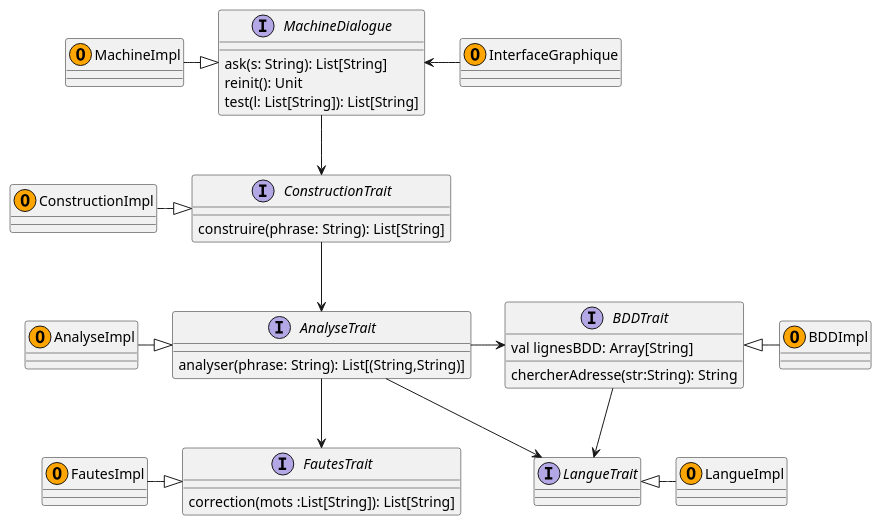
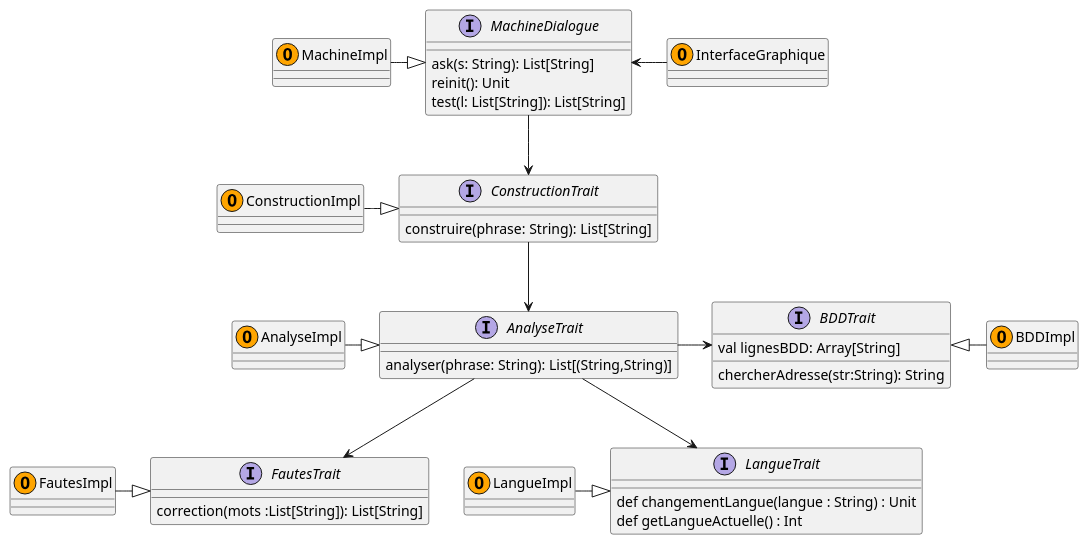
The diagram in src/main/scala/diagramme/diag_imp.plantuml (mathisglt/AvatarBacchus), drawn with PlantUML before and after one commit.

Commit message:
maj diagramme

```diff
--- a/src/main/scala/diagramme/diag_imp.plantuml
+++ b/src/main/scala/diagramme/diag_imp.plantuml
@@ -1,58 +1,58 @@
 @startuml Avatar
 
 interface BDDTrait{
 	val lignesBDD: Array[String]
 	chercherAdresse(str:String): String
 }
 
 interface MachineDialogue {
 	ask(s: String): List[String]
 	reinit(): Unit
 	test(l: List[String]): List[String]
 }
 
 interface ConstructionTrait{
 	construire(phrase: String): List[String]
 }
-	
+
 interface InterfaceGraphique{
-	
+
 }
 
 interface FautesTrait{
 	correction(mots :List[String]): List[String]
 }
 
 interface AnalyseTrait{
 	analyser(phrase: String): List[(String,String)]
 }
 
 interface LangueTrait{
-	
+	def changementLangue(langue : String) : Unit
+	def getLangueActuelle() : Int
 }
 
 
 class MachineImpl <<(O,Orange)>>
 class InterfaceGraphique <<(O,Orange)>>
 class ConstructionImpl <<(O,Orange)>>
 class AnalyseImpl <<(O,Orange)>>
 class BDDImpl <<(O,Orange)>>
 class FautesImpl <<(O,Orange)>>
 class LangueImpl <<(O,Orange)>>
 
 MachineImpl -|> MachineDialogue
-BDDTrait <|-  BDDImpl 
+BDDTrait <|-  BDDImpl
 ConstructionImpl -|>  ConstructionTrait
-AnalyseImpl -|>  AnalyseTrait 
-FautesImpl -|>  FautesTrait
-LangueTrait <|-  LangueImpl 
+AnalyseImpl -|>  AnalyseTrait
+FautesImpl -|> FautesTrait
+LangueImpl -|> LangueTrait
 
 MachineDialogue --> ConstructionTrait
 MachineDialogue <- InterfaceGraphique
 ConstructionTrait --> AnalyseTrait
 AnalyseTrait -> BDDTrait
+AnalyseTrait --> LangueTrait
 AnalyseTrait --> FautesTrait
-AnalyseTrait --> LangueTrait
-BDDTrait -> LangueTrait
 
 @enduml
```
